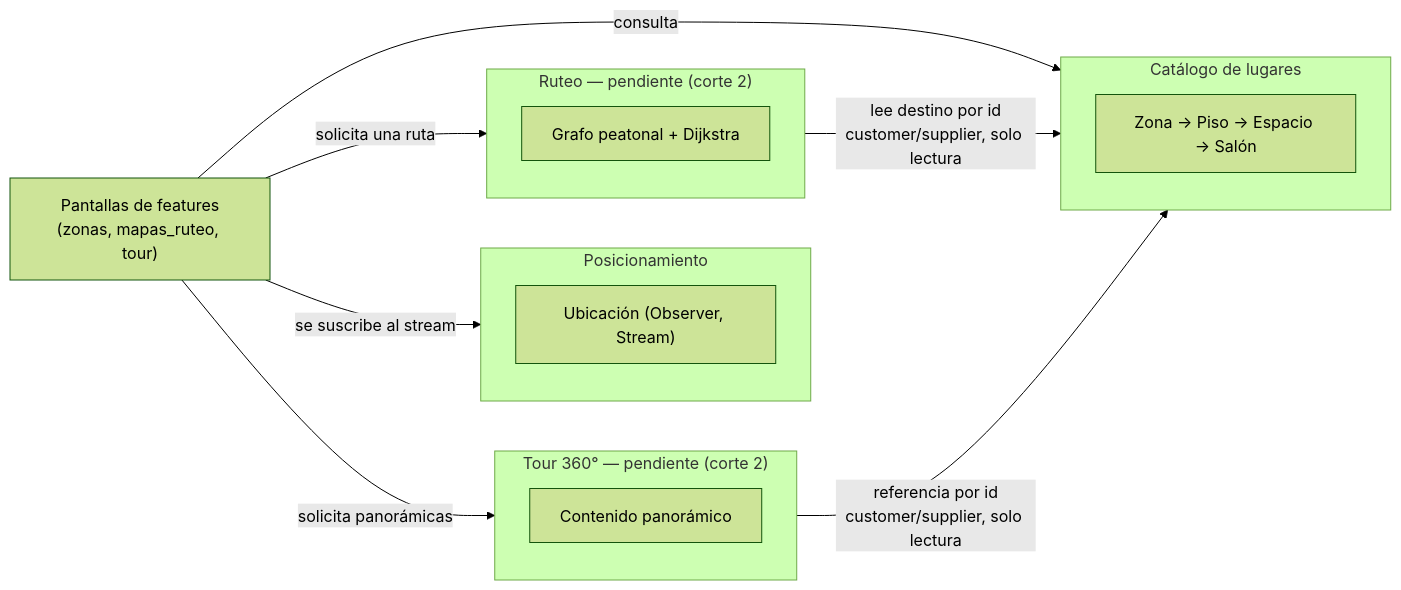
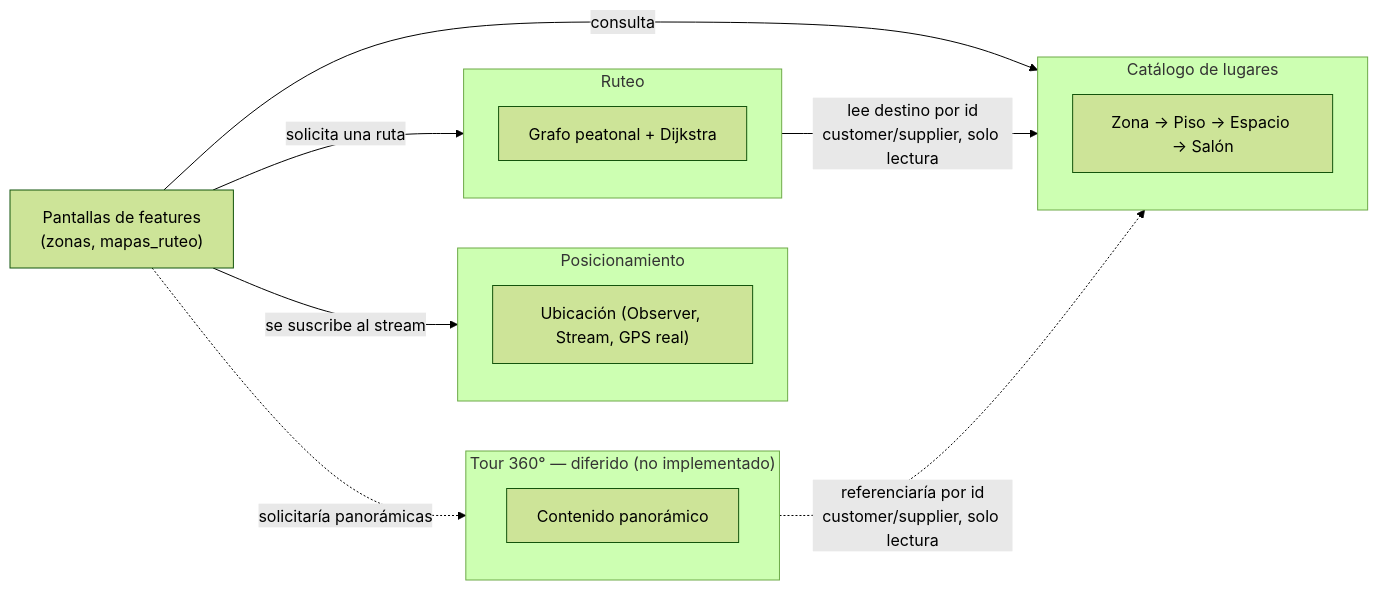
Before and after one commit to ISCOUTB/AS_202620_mapsutb: the diagram in docs/arc42/08_concepts.adoc, drawn with Mermaid (forest theme). The commit also changed other lines of this file and 26 other files, not shown here.

First line of the commit message:
docs: arc42 y C4 al día con el código (OSM, GPS real, tour diferido) y enlaces rotos

```diff
--- a/docs/arc42/08_concepts.adoc
+++ b/docs/arc42/08_concepts.adoc
@@ -68,32 +12,32 @@
 [mermaid]
 ....
 flowchart LR
-    UI["Pantallas de features<br/>(zonas, mapas_ruteo, tour)"]
+    UI["Pantallas de features<br/>(zonas, mapas_ruteo)"]
 
     subgraph CAT["Catálogo de lugares"]
         direction TB
         CATM["Zona → Piso → Espacio → Salón"]
     end
 
     subgraph POS["Posicionamiento"]
         direction TB
-        POSM["Ubicación (Observer, Stream)"]
+        POSM["Ubicación (Observer, Stream, GPS real)"]
     end
 
-    subgraph RUT["Ruteo — pendiente (corte 2)"]
+    subgraph RUT["Ruteo"]
         direction TB
         RUTM["Grafo peatonal + Dijkstra"]
     end
 
-    subgraph TUR["Tour 360° — pendiente (corte 2)"]
+    subgraph TUR["Tour 360° — diferido (no implementado)"]
         direction TB
         TURM["Contenido panorámico"]
     end
 
     UI -->|consulta| CAT
     UI -->|se suscribe al stream| POS
     UI -->|solicita una ruta| RUT
-    UI -->|solicita panorámicas| TUR
+    UI -.->|solicitaría panorámicas| TUR
     RUT -->|lee destino por id<br/>customer/supplier, solo lectura| CAT
-    TUR -->|referencia por id<br/>customer/supplier, solo lectura| CAT
+    TUR -.->|referenciaría por id<br/>customer/supplier, solo lectura| CAT
 ....
```
